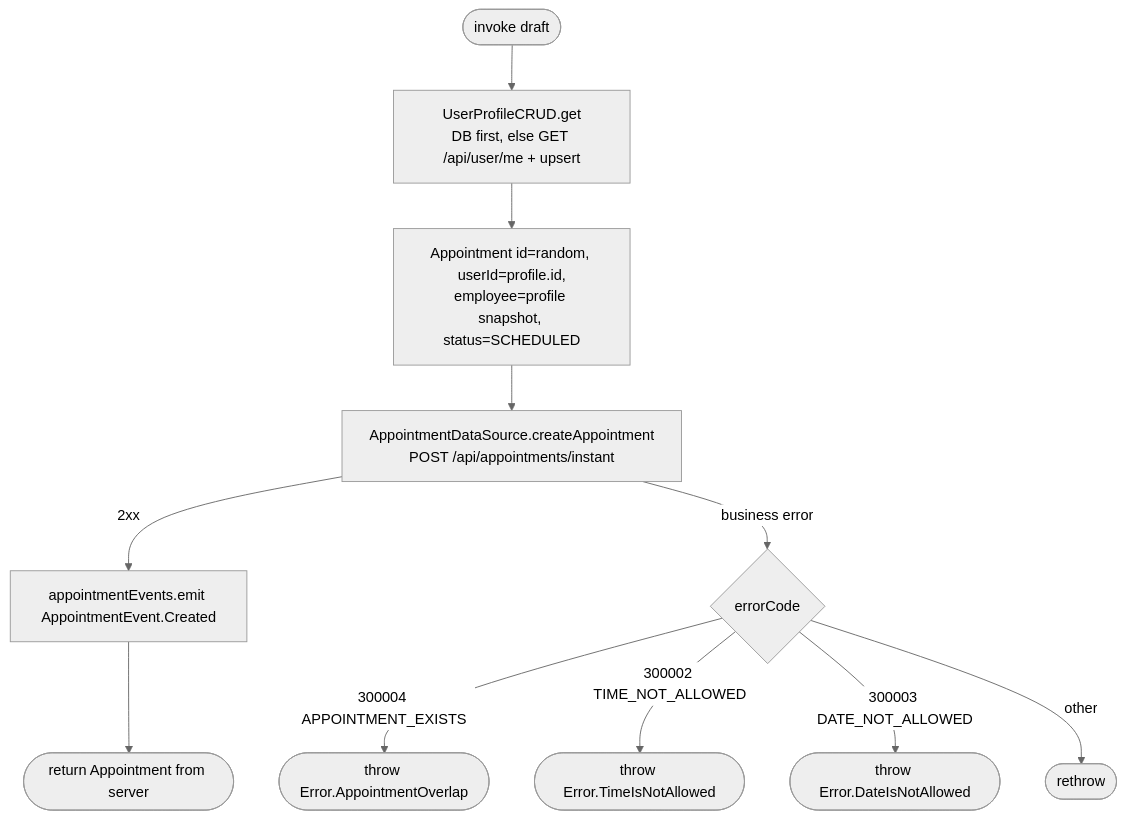
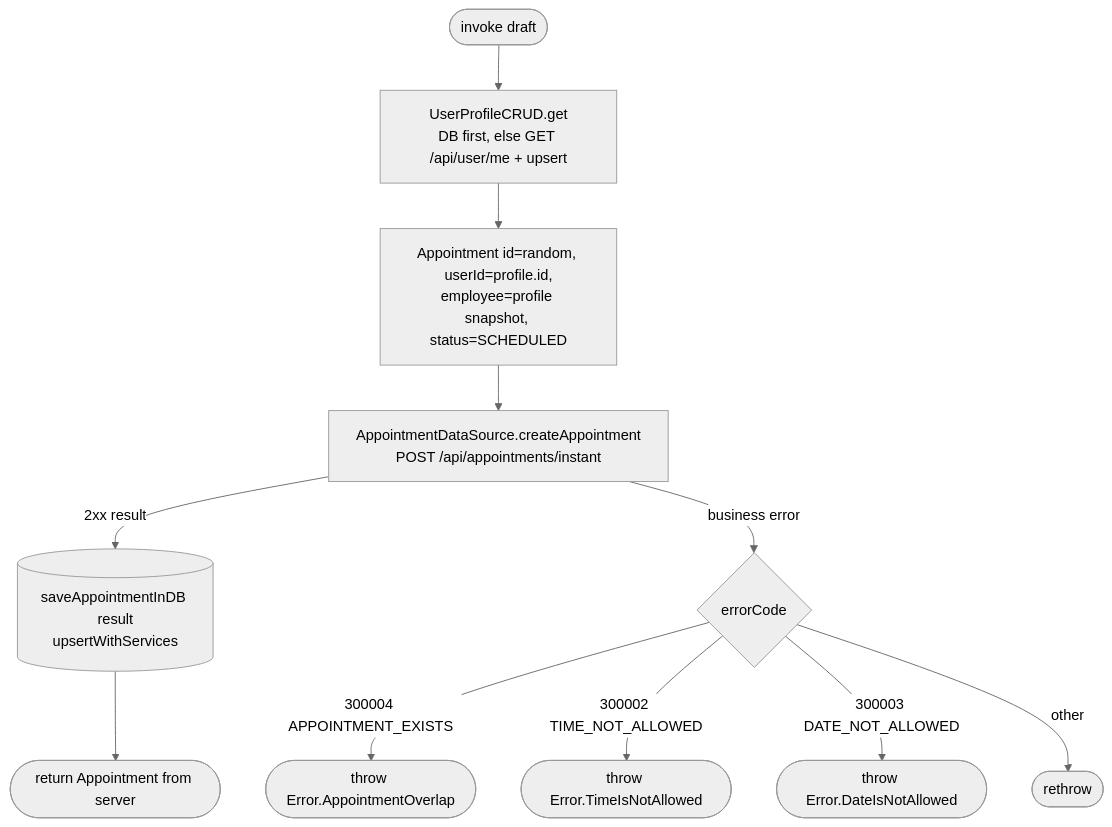
One commit to nocturneproperties/bookkme-client changed the diagram in docs/operations/appointments/create-appointment.md. Above: the diagram before and after it, drawn with Mermaid (neutral theme). The commit also changed other lines of this file and 169 other files, not shown here.

````diff
--- a/docs/operations/appointments/create-appointment.md
+++ b/docs/operations/appointments/create-appointment.md
@@ -12,13 +13,13 @@
 ```mermaid
 flowchart TD
     Start([invoke draft]) --> Profile[UserProfileCRUD.get<br/>DB first, else GET /api/user/me + upsert]
     Profile --> Build[Appointment id=random, userId=profile.id,<br/>employee=profile snapshot, status=SCHEDULED]
     Build --> Net[AppointmentDataSource.createAppointment<br/>POST /api/appointments/instant]
-    Net -- 2xx --> Emit[appointmentEvents.emit AppointmentEvent.Created]
-    Emit --> R([return Appointment from server])
+    Net -- 2xx result --> Save[(saveAppointmentInDB result<br/>upsertWithServices)]
+    Save --> R([return Appointment from server])
     Net -- business error --> Code{errorCode}
     Code -- 300004 APPOINTMENT_EXISTS --> E1([throw Error.AppointmentOverlap])
     Code -- 300002 TIME_NOT_ALLOWED --> E2([throw Error.TimeIsNotAllowed])
     Code -- 300003 DATE_NOT_ALLOWED --> E3([throw Error.DateIsNotAllowed])
     Code -- other --> EX([rethrow])
 ```
````
